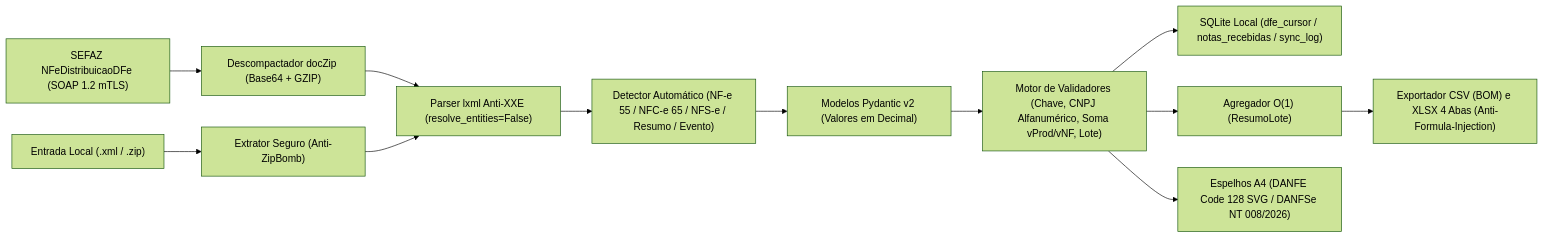
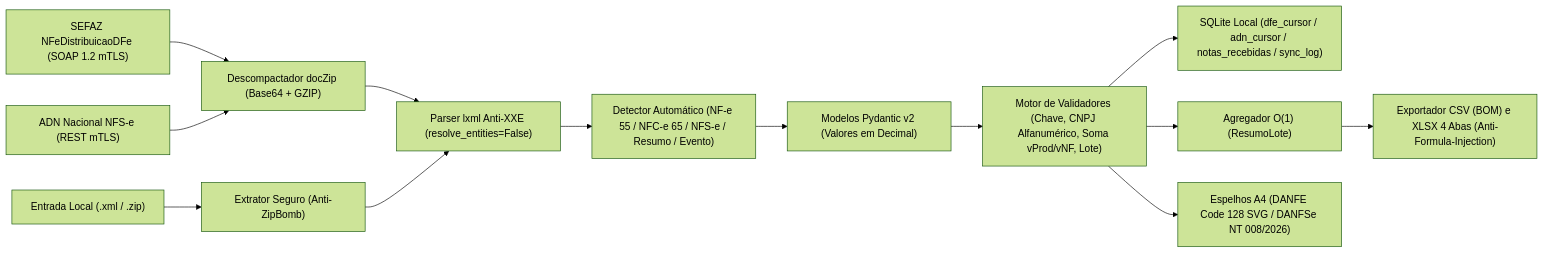
The diagram in README.md (Giovani-fr/nfe-local), drawn with Mermaid (forest theme) before and after one commit. The commit also changed other lines of this file and 3 other files, not shown here.

````diff
--- a/README.md
+++ b/README.md
@@ -252,14 +321,15 @@
 ```mermaid
 flowchart LR
     A["Entrada Local (.xml / .zip)"] --> B["Extrator Seguro (Anti-ZipBomb)"]
     S["SEFAZ NFeDistribuicaoDFe (SOAP 1.2 mTLS)"] --> Z["Descompactador docZip (Base64 + GZIP)"]
+    N["ADN Nacional NFS-e (REST mTLS)"] --> Z
     Z --> C["Parser lxml Anti-XXE (resolve_entities=False)"]
     B --> C
     C --> D["Detector Automático (NF-e 55 / NFC-e 65 / NFS-e / Resumo / Evento)"]
     D --> E["Modelos Pydantic v2 (Valores em Decimal)"]
     E --> F["Motor de Validadores (Chave, CNPJ Alfanumérico, Soma vProd/vNF, Lote)"]
-    F --> DB["SQLite Local (dfe_cursor / notas_recebidas / sync_log)"]
+    F --> DB["SQLite Local (dfe_cursor / adn_cursor / notas_recebidas / sync_log)"]
     F --> G["Agregador O(1) (ResumoLote)"]
     F --> H["Espelhos A4 (DANFE Code 128 SVG / DANFSe NT 008/2026)"]
     G --> I["Exportador CSV (BOM) e XLSX 4 Abas (Anti-Formula-Injection)"]
 ```
````
